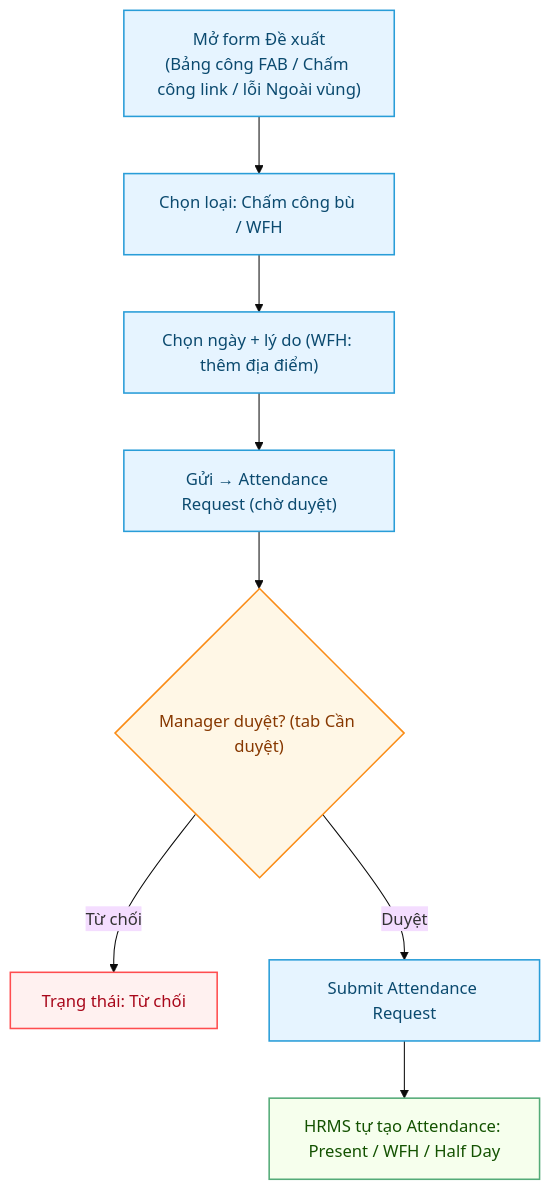
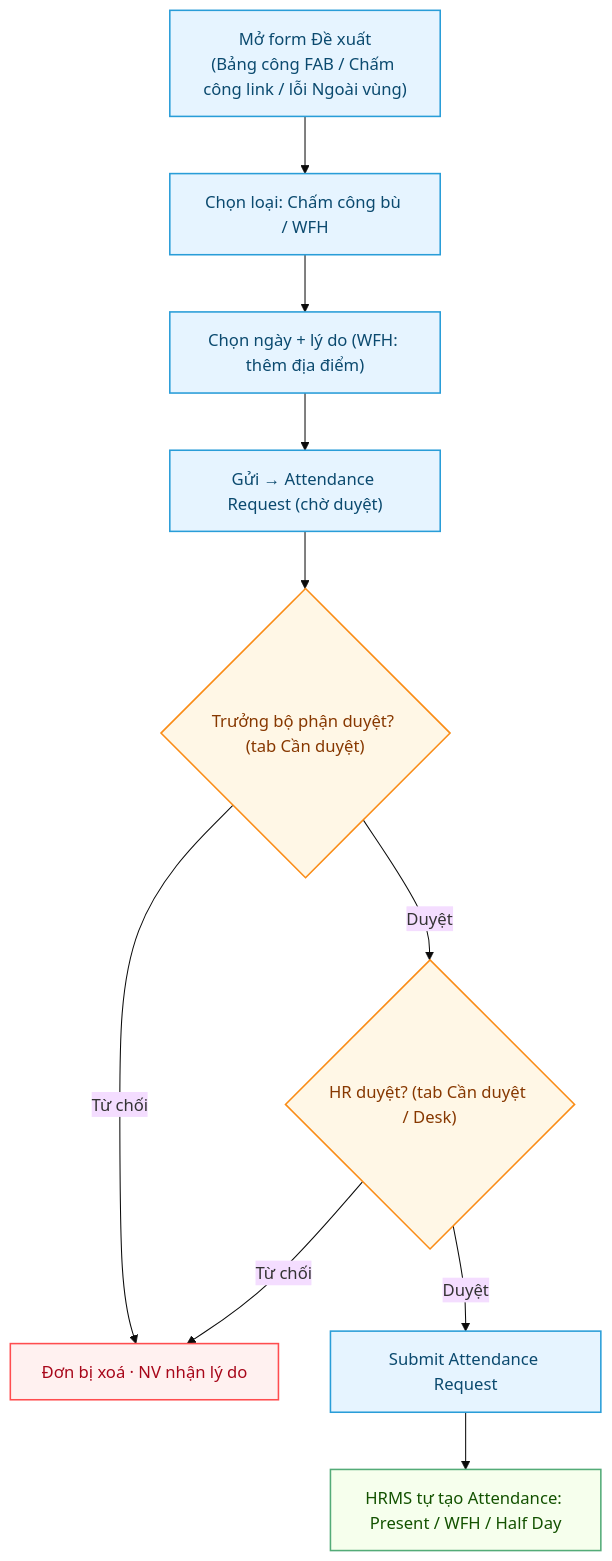
One commit to CobeGroup/cobe_erp_documents changed the diagram in users/HR-Attendance-Request.md. Above: the diagram before and after it, drawn with Mermaid. The commit also changed other lines of this file and 18 other files, not shown here.

````diff
--- a/users/HR-Attendance-Request.md
+++ b/users/HR-Attendance-Request.md
@@ -22,21 +22,23 @@
 ```mermaid
 %%{init: {'theme':'base','themeVariables':{'fontSize':'16px'},'flowchart':{'nodeSpacing':50,'rankSpacing':55}}}%%
 flowchart TD
   classDef process fill:#e6f4ff,stroke:#299dd8,stroke-width:1.5px,color:#0b4a6f;
   classDef decision fill:#fff7e6,stroke:#fa8c16,stroke-width:1.5px,color:#873800;
   classDef good fill:#f6ffed,stroke:#54ab78,stroke-width:1.5px,color:#135200;
   classDef bad fill:#fff1f0,stroke:#ff4d4f,stroke-width:1.5px,color:#a8071a;
 
   A["Mở form Đề xuất<br/>(Bảng công FAB / Chấm công link / lỗi Ngoài vùng)"] --> B["Chọn loại: Chấm công bù / WFH"]
   B --> C["Chọn ngày + lý do (WFH: thêm địa điểm)"]
   C --> D["Gửi → Attendance Request (chờ duyệt)"]
-  D --> E{"Manager duyệt? (tab Cần duyệt)"}
-  E -- "Từ chối" --> X["Trạng thái: Từ chối"]
-  E -- "Duyệt" --> F["Submit Attendance Request"]
+  D --> E{"Trưởng bộ phận duyệt? (tab Cần duyệt)"}
+  E -- "Từ chối" --> X["Đơn bị xoá · NV nhận lý do"]
+  E -- "Duyệt" --> E2{"HR duyệt? (tab Cần duyệt / Desk)"}
+  E2 -- "Từ chối" --> X
+  E2 -- "Duyệt" --> F["Submit Attendance Request"]
   F --> G["HRMS tự tạo Attendance: Present / WFH / Half Day"]
 
   class A,B,C,D,F process
-  class E decision
+  class E,E2 decision
   class G good
   class X bad
 ```
````
